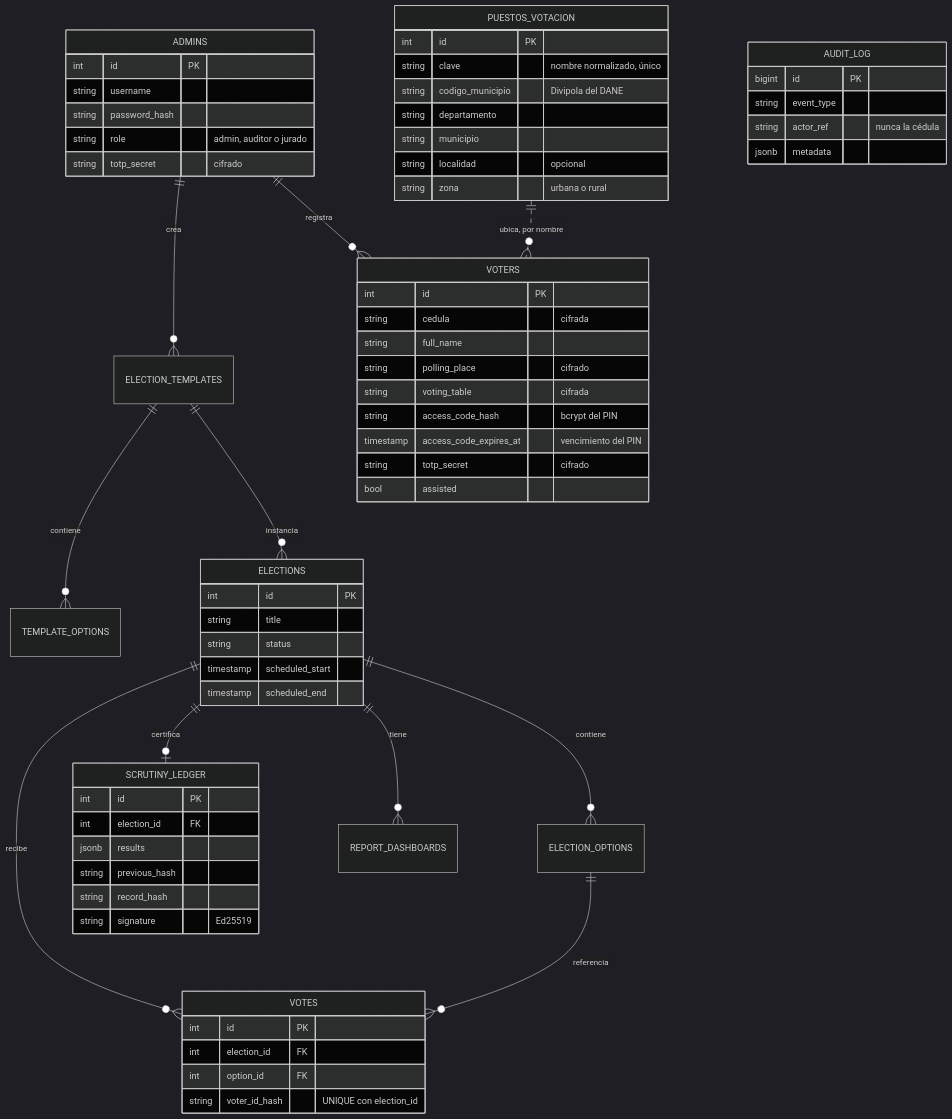
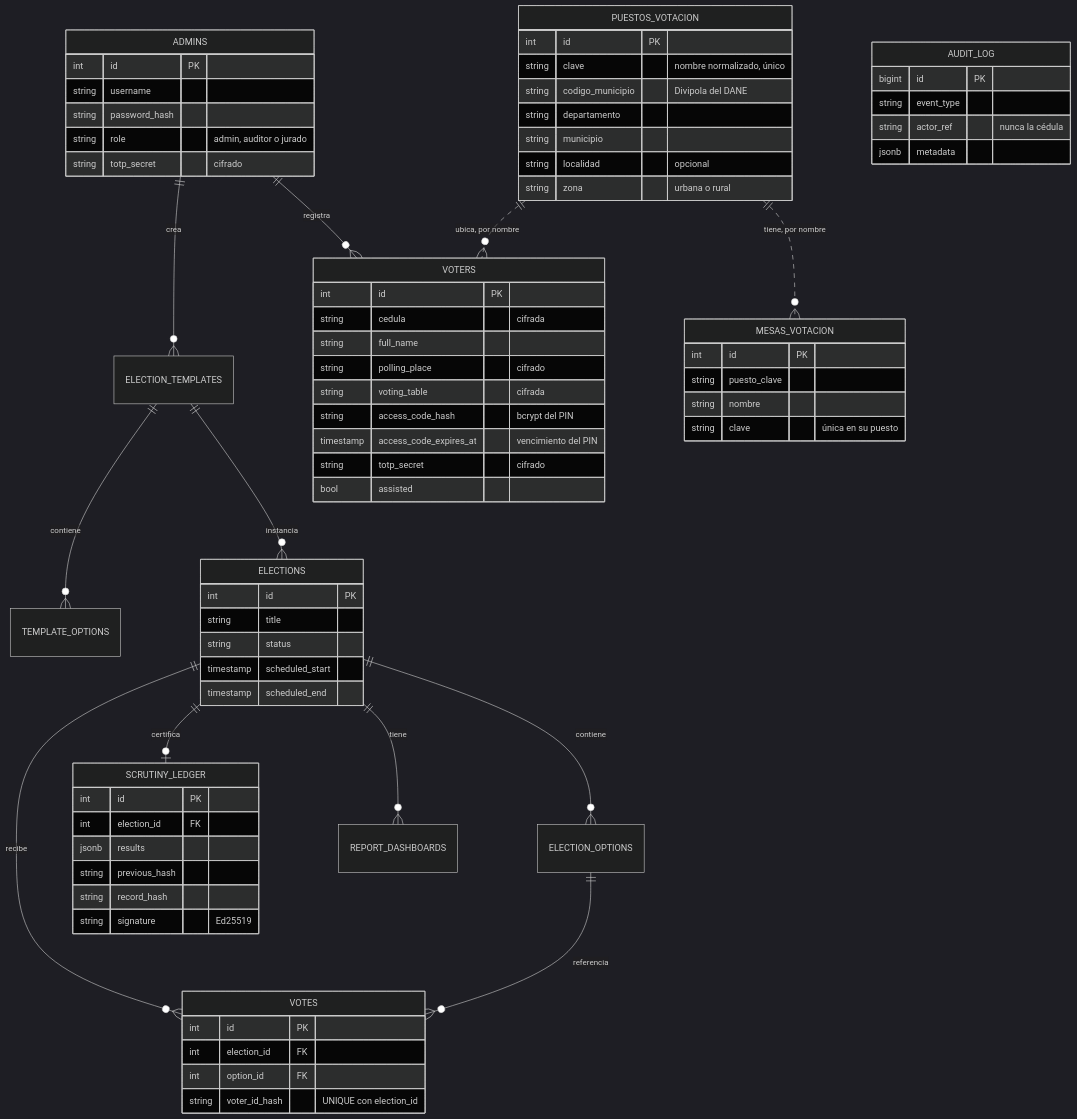
One commit to NicolasPineda1421/LiveMetric changed the sixth of 8 diagrams in docs/informe-tecnico.md. Above: the diagram before and after it, drawn with Mermaid (dark theme). The commit also changed other lines of this file and 21 other files, not shown here.

````diff
--- a/docs/informe-tecnico.md
+++ b/docs/informe-tecnico.md
@@ -288,54 +288,59 @@
 ```mermaid
 erDiagram
     ADMINS ||--o{ ELECTION_TEMPLATES : crea
     ADMINS ||--o{ VOTERS : registra
     PUESTOS_VOTACION ||..o{ VOTERS : "ubica, por nombre"
+    PUESTOS_VOTACION ||..o{ MESAS_VOTACION : "tiene, por nombre"
     ELECTION_TEMPLATES ||--o{ TEMPLATE_OPTIONS : contiene
     ELECTION_TEMPLATES ||--o{ ELECTIONS : instancia
     ELECTIONS ||--o{ ELECTION_OPTIONS : contiene
     ELECTIONS ||--o{ VOTES : recibe
     ELECTION_OPTIONS ||--o{ VOTES : referencia
     ELECTIONS ||--o| SCRUTINY_LEDGER : certifica
     ELECTIONS ||--o{ REPORT_DASHBOARDS : tiene
 
     ADMINS { int id PK
         string username
         string password_hash
         string role "admin, auditor o jurado"
         string totp_secret "cifrado" }
     VOTERS { int id PK
         string cedula "cifrada"
         string full_name
         string polling_place "cifrado"
         string voting_table "cifrada"
         string access_code_hash "bcrypt del PIN"
         timestamp access_code_expires_at "vencimiento del PIN"
         string totp_secret "cifrado"
         bool assisted }
     PUESTOS_VOTACION { int id PK
         string clave "nombre normalizado, único"
         string codigo_municipio "Divipola del DANE"
         string departamento
         string municipio
         string localidad "opcional"
         string zona "urbana o rural" }
+    MESAS_VOTACION { int id PK
+        string puesto_clave
+        string nombre
+        string clave "única en su puesto" }
     ELECTIONS { int id PK
         string title
         string status
         timestamp scheduled_start
         timestamp scheduled_end }
     VOTES { int id PK
         int election_id FK
         int option_id FK
         string voter_id_hash "UNIQUE con election_id" }
     SCRUTINY_LEDGER { int id PK
         int election_id FK
         jsonb results
         string previous_hash
         string record_hash
         string signature "Ed25519" }
     AUDIT_LOG { bigint id PK
         string event_type
         string actor_ref "nunca la cédula"
         jsonb metadata }
 ```
````
